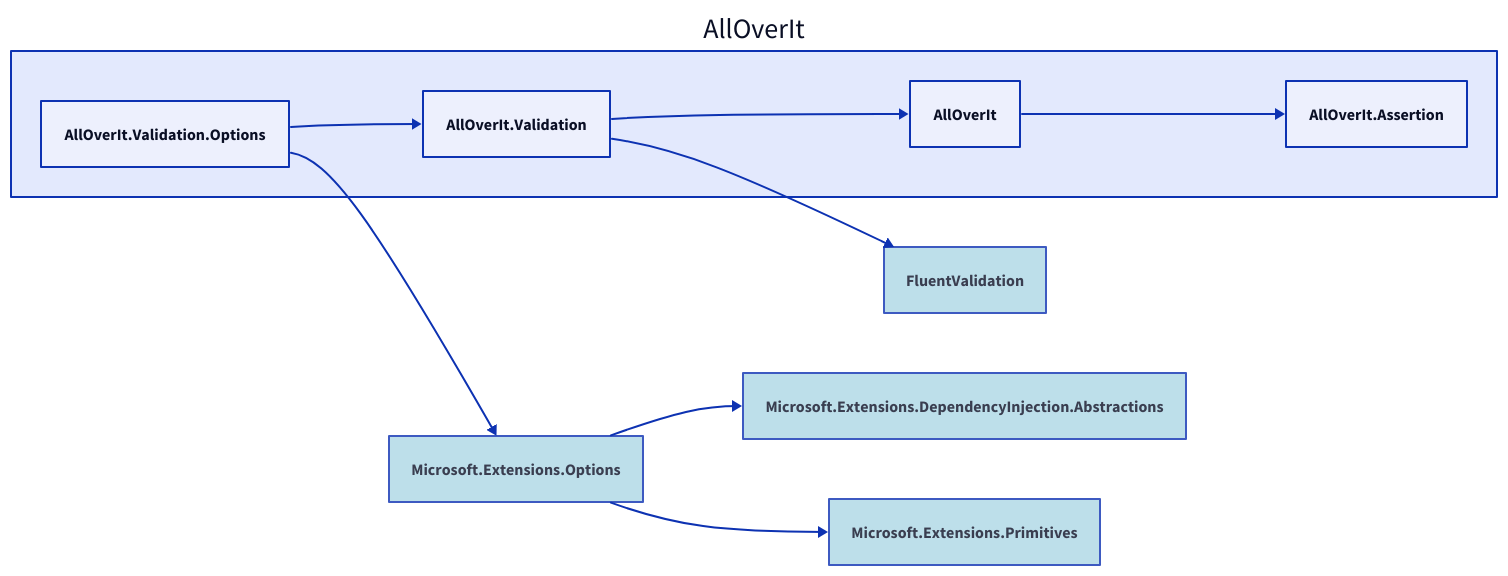
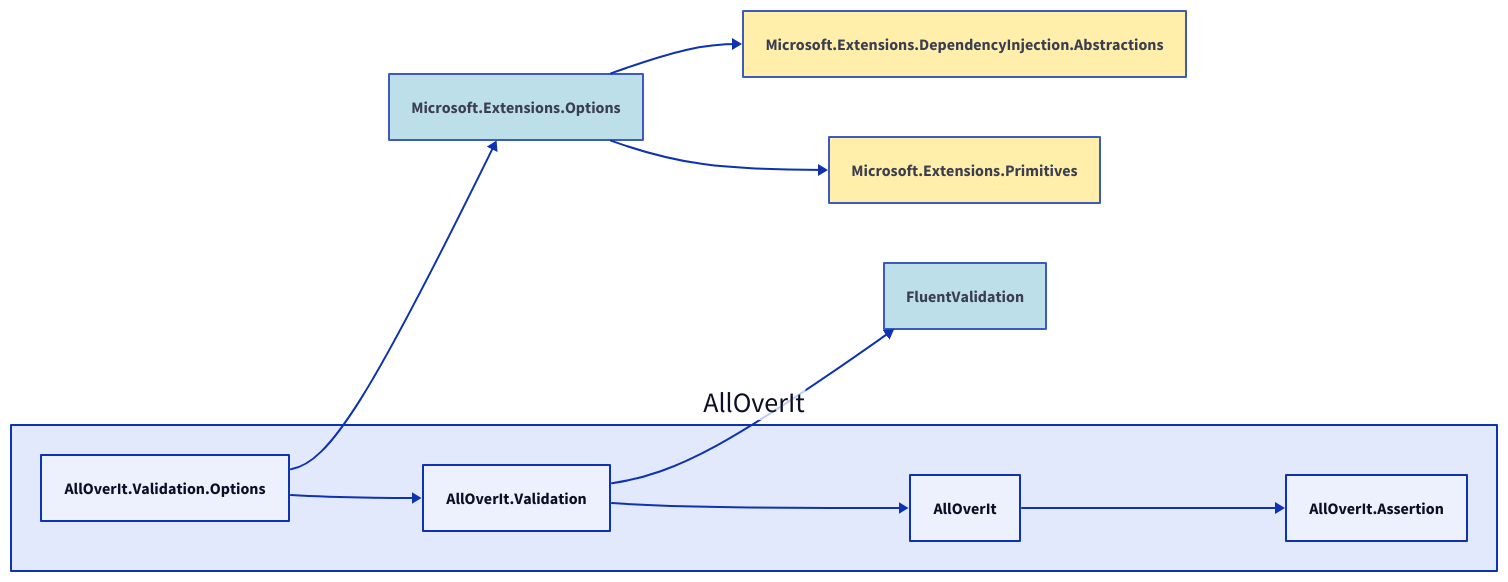
The diagram in Docs/Dependencies/alloverit-validation-options.d2 (nickathone/AllOverIt), drawn with D2 before and after one commit. The commit also changed 71 other files, not shown here.

Commit message:
Dependency diagram updates

```diff
--- a/Docs/Dependencies/alloverit-validation-options.d2
+++ b/Docs/Dependencies/alloverit-validation-options.d2
@@ -1,27 +1,26 @@
 direction: right
 
 aoi: AllOverIt
 aoi.alloverit-validation-options: AllOverIt.Validation.Options
+microsoft-extensions-options: Microsoft.Extensions.Options
+microsoft-extensions-options.style.fill: "#ADD8E6"
+microsoft-extensions-options.style.opacity: 0.8
+microsoft-extensions-dependencyinjection-abstractions: Microsoft.Extensions.DependencyInjection.Abstractions
+microsoft-extensions-dependencyinjection-abstractions.style.fill: "#FFEC96"
+microsoft-extensions-dependencyinjection-abstractions.style.opacity: 0.8
+microsoft-extensions-dependencyinjection-abstractions <- microsoft-extensions-options
+microsoft-extensions-primitives: Microsoft.Extensions.Primitives
+microsoft-extensions-primitives.style.fill: "#FFEC96"
+microsoft-extensions-primitives.style.opacity: 0.8
+microsoft-extensions-primitives <- microsoft-extensions-options
+microsoft-extensions-options <- aoi.alloverit-validation-options
 aoi.alloverit-validation: AllOverIt.Validation
+fluentvalidation: FluentValidation
+fluentvalidation.style.fill: "#ADD8E6"
+fluentvalidation.style.opacity: 0.8
+fluentvalidation <- aoi.alloverit-validation
 aoi.alloverit: AllOverIt
 aoi.alloverit-assertion: AllOverIt.Assertion
-fluentvalidation: FluentValidation
-fluentvalidation.style.fill: lightblue
-fluentvalidation.style.opacity: 0.8
-microsoft-extensions-options: Microsoft.Extensions.Options
-microsoft-extensions-options.style.fill: lightblue
-microsoft-extensions-options.style.opacity: 0.8
-microsoft-extensions-dependencyinjection-abstractions: Microsoft.Extensions.DependencyInjection.Abstractions
-microsoft-extensions-dependencyinjection-abstractions.style.fill: lightblue
-microsoft-extensions-dependencyinjection-abstractions.style.opacity: 0.8
-microsoft-extensions-primitives: Microsoft.Extensions.Primitives
-microsoft-extensions-primitives.style.fill: lightblue
-microsoft-extensions-primitives.style.opacity: 0.8
-
+aoi.alloverit-assertion <- aoi.alloverit
+aoi.alloverit <- aoi.alloverit-validation
 aoi.alloverit-validation <- aoi.alloverit-validation-options
-aoi.alloverit <- aoi.alloverit-validation
-aoi.alloverit-assertion <- aoi.alloverit
-fluentvalidation <- aoi.alloverit-validation
-microsoft-extensions-options <- aoi.alloverit-validation-options
-microsoft-extensions-dependencyinjection-abstractions <- microsoft-extensions-options
-microsoft-extensions-primitives <- microsoft-extensions-options
```
